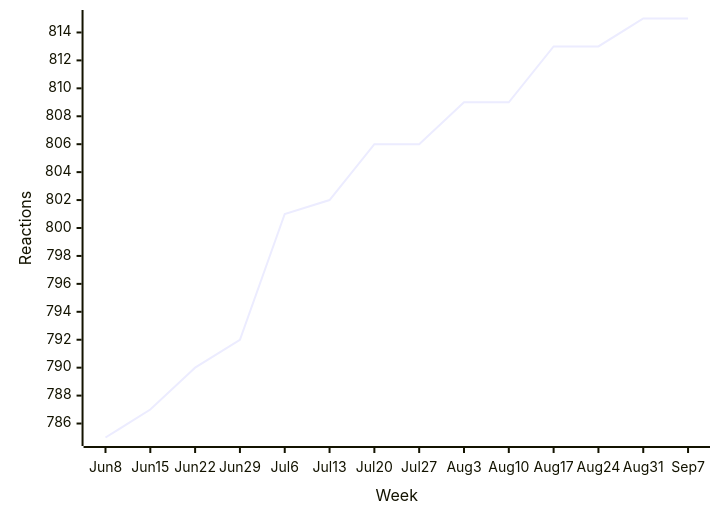
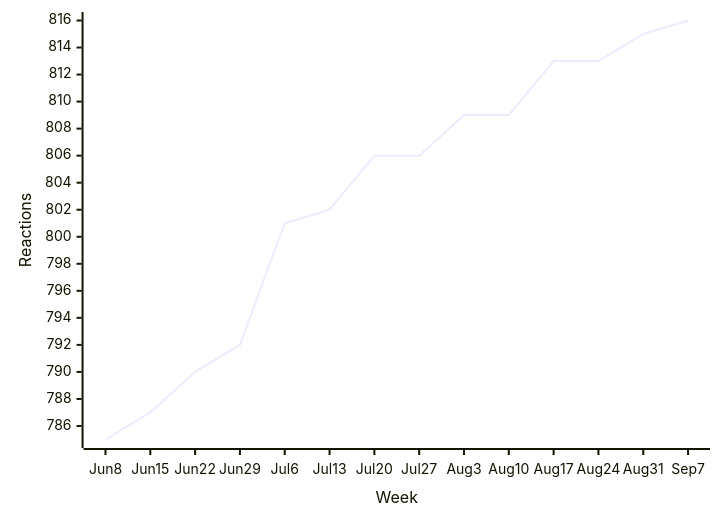
Before and after one commit to loic-sharma/github-insights: the third of 46 diagrams in README.md, drawn with Mermaid. The commit also changed other lines of this file and 3 other files, not shown here.

````diff
--- a/README.md
+++ b/README.md
@@ -358,6 +358,6 @@
   ```mermaid
   xychart-beta
     x-axis "Week" [Jun 8, Jun 15, Jun 22, Jun 29, Jul 6, Jul 13, Jul 20, Jul 27, Aug 3, Aug 10, Aug 17, Aug 24, Aug 31, Sep 7]
     y-axis "Reactions"
-    line [785, 787, 790, 792, 801, 802, 806, 806, 809, 809, 813, 813, 815, 815]
+    line [785, 787, 790, 792, 801, 802, 806, 806, 809, 809, 813, 813, 815, 816]
   ```
````
